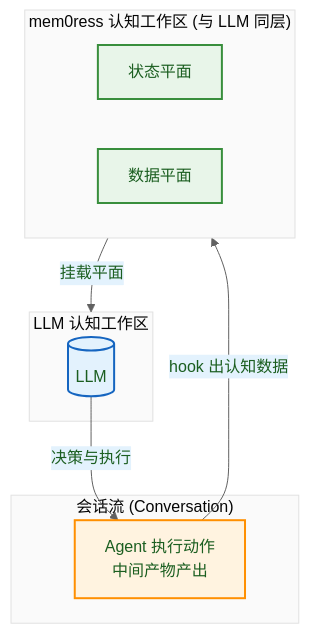
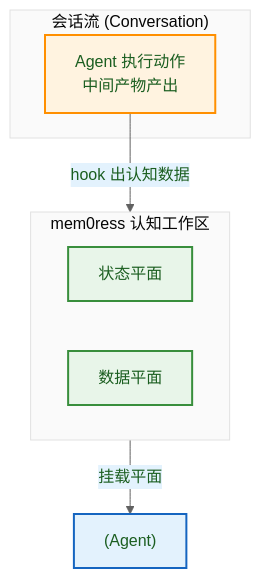
One commit to Lazyn0tBug/mem0ress changed the fourth of 13 diagrams in docs/spec.md. Above: the diagram before and after it, drawn with Mermaid. The commit also changed other lines of this file, not shown here.

First line of the commit message:
docs: 规范术语统一 - Agent/Judge Agent 操作主体，认知工作区属于 Agent

````diff
--- a/docs/spec.md
+++ b/docs/spec.md
@@ -248,28 +248,26 @@
 ```mermaid
 %% label：认知平面的数据流
 %%{ init: { 'theme': 'base', 'themeVariables': { 'primaryColor': '#e8f5e9', 'primaryTextColor': '#1b5e20', 'primaryBorderColor': '#388e3c', 'lineColor': '#616161', 'secondaryColor': '#e3f2fd', 'tertiaryColor': '#fafafa', 'fontFamily': 'arial' } } }%%
 graph TB
     subgraph 会话层["会话流 (Conversation)"]
         CF["Agent 执行动作<br>中间产物产出"]
     end
 
-    subgraph 认知层["mem0ress 认知工作区 (与 LLM 同层)"]
+    subgraph 认知层["mem0ress 认知工作区"]
         SP["状态平面"]
         DP["数据平面"]
     end
 
-    subgraph LLM层["LLM 认知工作区"]
-        LLM[("LLM")]
-    end
+    CF["Agent 执行动作<br>中间产物产出"]
+    Agent["(Agent)"]
 
     CF -->|hook 出认知数据| 认知层
-    认知层 -->|挂载平面| LLM层
-    LLM -->|决策与执行| CF
+    认知层 -->|挂载平面| Agent
 
     classDef conv fill:#fff3e0,stroke:#ff8f00,stroke-width:2px;
     classDef cog fill:#e8f5e9,stroke:#388e3c,stroke-width:2px;
-    classDef llm fill:#e3f2fd,stroke:#1565c0,stroke-width:2px;
+    classDef agent fill:#e3f2fd,stroke:#1565c0,stroke-width:2px;
     class CF conv;
     class SP,DP cog;
-    class LLM llm;
+    class Agent agent;
 ```
````
